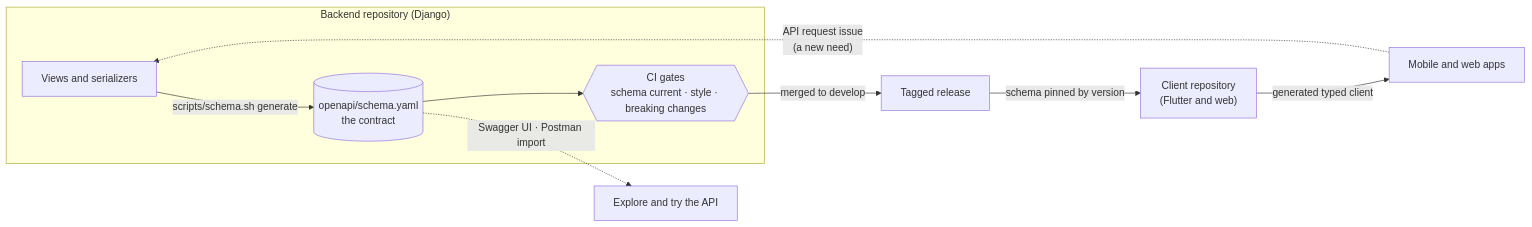
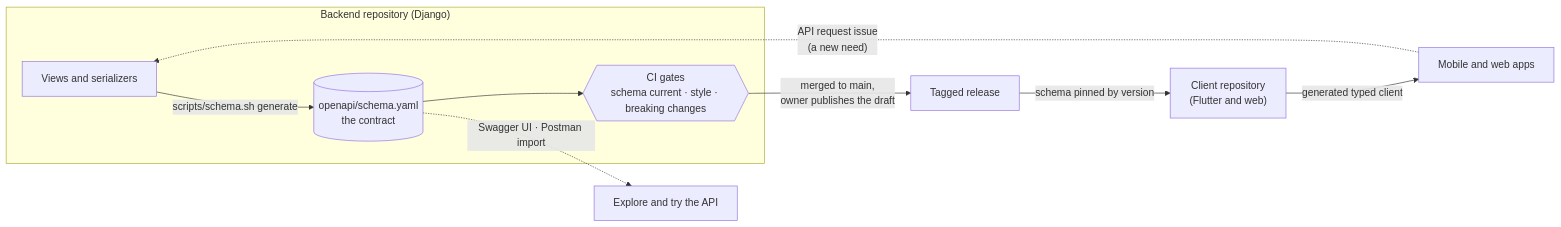
The first of 4 diagrams in docs/api-collaboration.md (alihaidar0/money-scribe-backend), drawn with Mermaid before and after one commit. The commit also changed other lines of this file and 6 other files, not shown here.

````diff
--- a/docs/api-collaboration.md
+++ b/docs/api-collaboration.md
@@ -23,12 +23,12 @@
 ```mermaid
 flowchart LR
     subgraph backend["Backend repository (Django)"]
         code["Views and serializers"] -->|"scripts/schema.sh generate"| schema[("openapi/schema.yaml<br/>the contract")]
         schema --> ci{{"CI gates<br/>schema current · style · breaking changes"}}
     end
-    ci -->|"merged to develop"| release["Tagged release"]
+    ci -->|"merged to main,<br/>owner publishes the draft"| release["Tagged release"]
     release -->|"schema pinned by version"| client["Client repository<br/>(Flutter and web)"]
     client -->|"generated typed client"| apps["Mobile and web apps"]
     apps -.->|"API request issue<br/>(a new need)"| code
     schema -.->|"Swagger UI · Postman import"| explore["Explore and try the API"]
 ```
````
